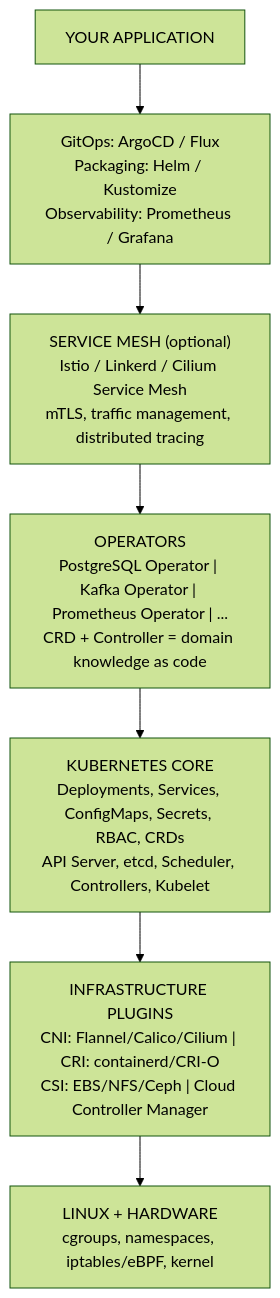
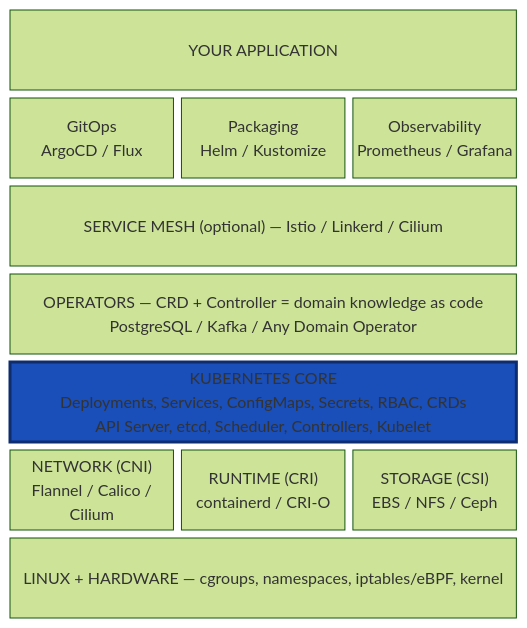
The diagram in docs/06-ecosystem.md (rajatarya/kubernetes-first-principles), drawn with Mermaid (forest theme) before and after one commit. The commit also changed 1 other file, not shown here.

Commit message:
Ch 6 block diagram for ecosystem stack, Ch 9 links open in new tab
Ch 6: Convert ecosystem stack to block-beta diagram with 3-column layout.
Tools, operators, and infrastructure plugins as individual blocks.
Kubernetes Core highlighted in darker blue.

Ch 9: Convert all reference URLs to HTML links with target="_blank".

````diff
--- a/docs/06-ecosystem.md
+++ b/docs/06-ecosystem.md
@@ -3,12 +3,24 @@
 ```mermaid
-flowchart TD
-    APP["YOUR APPLICATION"]
-    TOOLS["GitOps: ArgoCD / Flux<br>Packaging: Helm / Kustomize<br>Observability: Prometheus / Grafana"]
-    MESH["SERVICE MESH (optional)<br>Istio / Linkerd / Cilium Service Mesh<br>mTLS, traffic management, distributed tracing"]
-    OPS["OPERATORS<br>PostgreSQL Operator | Kafka Operator | Prometheus Operator | ...<br>CRD + Controller = domain knowledge as code"]
-    CORE["KUBERNETES CORE<br>Deployments, Services, ConfigMaps, Secrets, RBAC, CRDs<br>API Server, etcd, Scheduler, Controllers, Kubelet"]
-    PLUGINS["INFRASTRUCTURE PLUGINS<br>CNI: Flannel/Calico/Cilium | CRI: containerd/CRI-O<br>CSI: EBS/NFS/Ceph | Cloud Controller Manager"]
-    LINUX["LINUX + HARDWARE<br>cgroups, namespaces, iptables/eBPF, kernel"]
+block-beta
+    columns 3
 
-    APP --> TOOLS --> MESH --> OPS --> CORE --> PLUGINS --> LINUX
+    APP["YOUR APPLICATION"]:3
+
+    GITOPS["GitOps\nArgoCD / Flux"]
+    PKG["Packaging\nHelm / Kustomize"]
+    OBS["Observability\nPrometheus / Grafana"]
+
+    MESH["SERVICE MESH (optional) — Istio / Linkerd / Cilium"]:3
+
+    OPH["OPERATORS — CRD + Controller = domain knowledge as code\nPostgreSQL / Kafka / Any Domain Operator"]:3
+
+    CORE["KUBERNETES CORE\nDeployments, Services, ConfigMaps, Secrets, RBAC, CRDs\nAPI Server, etcd, Scheduler, Controllers, Kubelet"]:3
+
+    CNI["NETWORK (CNI)\nFlannel / Calico / \nCilium"]
+    CRI["RUNTIME (CRI)\ncontainerd / CRI-O"]
+    CSI["STORAGE (CSI)\nEBS / NFS / Ceph"]
+
+    LINUX["LINUX + HARDWARE — cgroups, namespaces, iptables/eBPF, kernel"]:3
+
+    style CORE fill:#1a4eb8,color:#fff,stroke:#0d2d6e,stroke-width:3px
 ```
````
